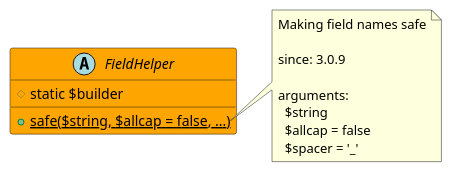
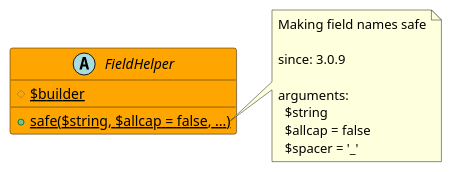
The diagram in src/9ef0eb24-aae4-4f5a-99af-d724db44808f/README.md (joomengine/super-powers), drawn with PlantUML before and after one commit. The commit also changed other lines of this file, not shown here.

Commit message:
Update String Field Helper readme file

````diff
--- a/src/9ef0eb24-aae4-4f5a-99af-d724db44808f/README.md
+++ b/src/9ef0eb24-aae4-4f5a-99af-d724db44808f/README.md
@@ -5,21 +5,21 @@
 ```uml
 @startuml
 
 abstract FieldHelper  #Orange {
-  # static $builder
+  # {static} $builder
   + {static} safe($string, $allcap = false, ...)
 }
 
 note right of FieldHelper::safe
   Making field names safe
 
   since: 3.0.9
   
   arguments:
     $string
     $allcap = false
     $spacer = '_'
 end note
 
 @enduml
 ```
````
